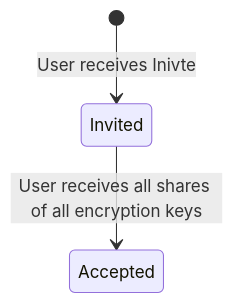
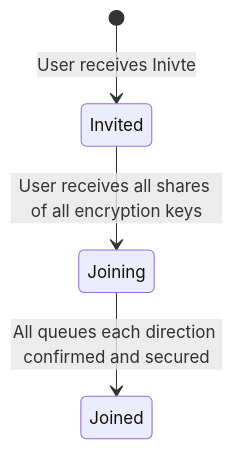
One commit to simplex-chat/simplexmq changed the third of 8 diagrams in rfcs/2022-06-11-private-groups.md. Above: the diagram before and after it, drawn with Mermaid. The commit also changed 8 other files, not shown here.

Commit message:
Make an explicit Joined state that all non-Leaders initial members start in.  This fixes an issue around incorrect specification for who can make proposals when.

````diff
--- a/rfcs/2022-06-11-private-groups.md
+++ b/rfcs/2022-06-11-private-groups.md
@@ -191,5 +191,6 @@
 ```mermaid
 stateDiagram-v2
     [*] --> Invited : User receives Inivte
-    Invited --> Accepted : User receives all shares of all encryption keys
+    Invited --> Joining : User receives all shares of all encryption keys
+    Joining --> Joined : All queues each direction confirmed and secured
 ```
````
